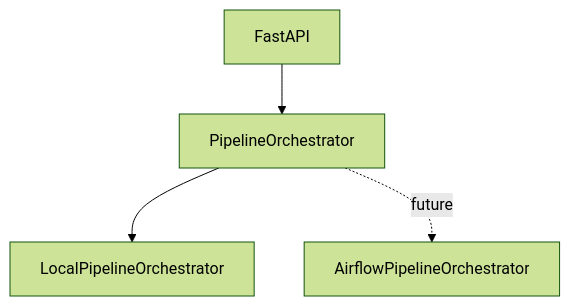
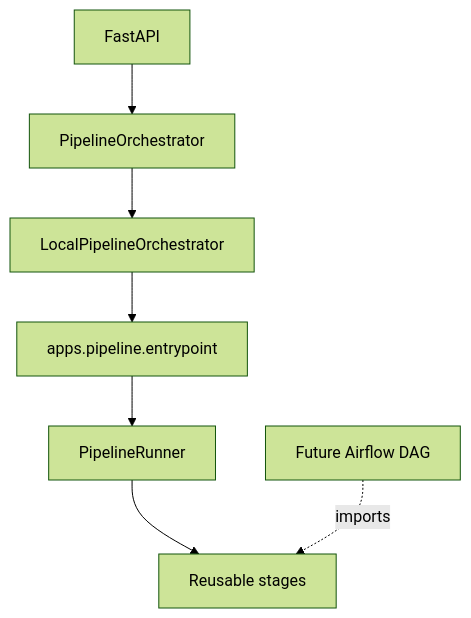
The first of 2 diagrams in docs/ARCHITECTURE.md (s194586/AI-Podcast-Clip-Cutter), drawn with Mermaid (forest theme) before and after one commit. The commit also changed other lines of this file and 53 other files, not shown here.

Commit message:
refactor: extract reusable pipeline services

````diff
--- a/docs/ARCHITECTURE.md
+++ b/docs/ARCHITECTURE.md
@@ -60,6 +45,9 @@
 ```mermaid
 flowchart TB
   A[FastAPI] --> B[PipelineOrchestrator]
   B --> C[LocalPipelineOrchestrator]
-  B -. future .-> D[AirflowPipelineOrchestrator]
+  C --> D[apps.pipeline.entrypoint]
+  D --> E[PipelineRunner]
+  E --> F[Reusable stages]
+  G[Future Airflow DAG] -. imports .-> F
 ```
````
